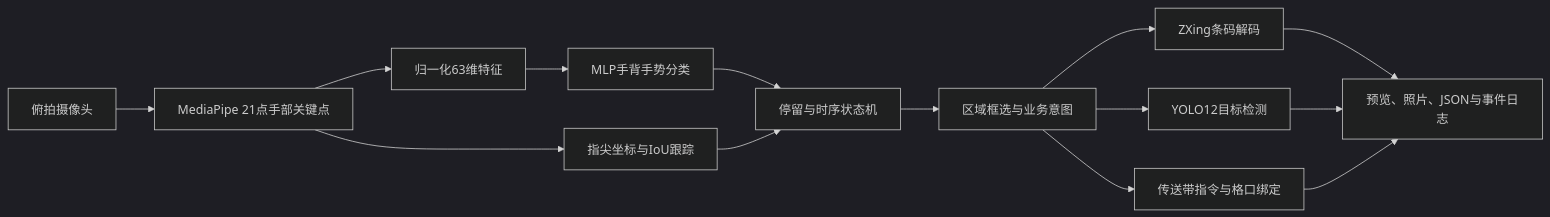
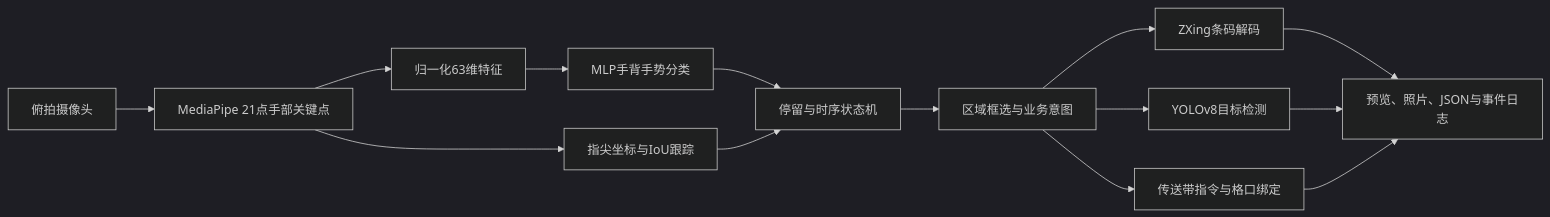
The diagram in README.md (Hyper-jiawei/YTO-Innovation-Gesture-Control-Mac), drawn with Mermaid (dark theme) before and after one commit. The commit also changed other lines of this file and 14 other files, not shown here.

````diff
--- a/README.md
+++ b/README.md
@@ -212,16 +212,16 @@
 ```mermaid
 flowchart LR
     A[俯拍摄像头] --> B[MediaPipe 21点手部关键点]
     B --> C[归一化63维特征]
     C --> D[MLP手背手势分类]
     B --> E[指尖坐标与IoU跟踪]
     D --> F[停留与时序状态机]
     E --> F
     F --> G[区域框选与业务意图]
     G --> H[ZXing条码解码]
-    G --> I[YOLO12目标检测]
+    G --> I[YOLOv8目标检测]
     G --> J[传送带指令与格口绑定]
     H --> K[预览、照片、JSON与事件日志]
     I --> K
     J --> K
 ```
````
